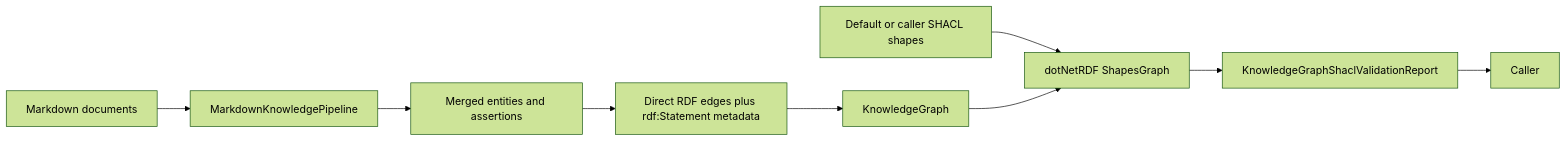
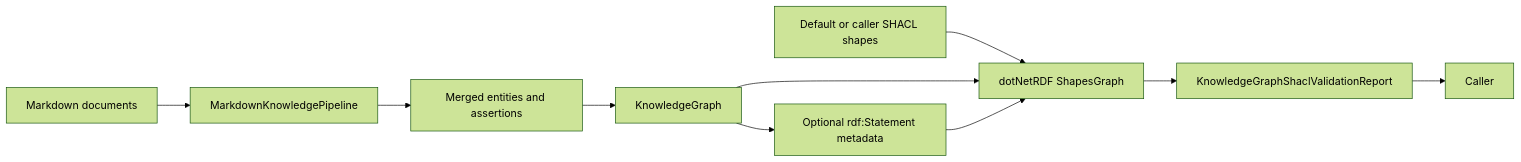
The first of 2 diagrams in docs/Features/GraphShaclValidation.md (managedcode/markdown-ld-kb), drawn with Mermaid (forest theme) before and after one commit. The commit also changed other lines of this file and 13 other files, not shown here.

````diff
--- a/docs/Features/GraphShaclValidation.md
+++ b/docs/Features/GraphShaclValidation.md
@@ -13,11 +13,12 @@
 ```mermaid
 flowchart LR
     Markdown["Markdown documents"] --> Pipeline["MarkdownKnowledgePipeline"]
     Pipeline --> Facts["Merged entities and assertions"]
-    Facts --> Reification["Direct RDF edges plus rdf:Statement metadata"]
-    Reification --> Graph["KnowledgeGraph"]
+    Facts --> Graph["KnowledgeGraph"]
+    Graph --> Reification["Optional rdf:Statement metadata"]
     Shapes["Default or caller SHACL shapes"] --> Validator["dotNetRDF ShapesGraph"]
     Graph --> Validator
+    Reification --> Validator
     Validator --> Report["KnowledgeGraphShaclValidationReport"]
     Report --> Caller["Caller"]
 ```
````
